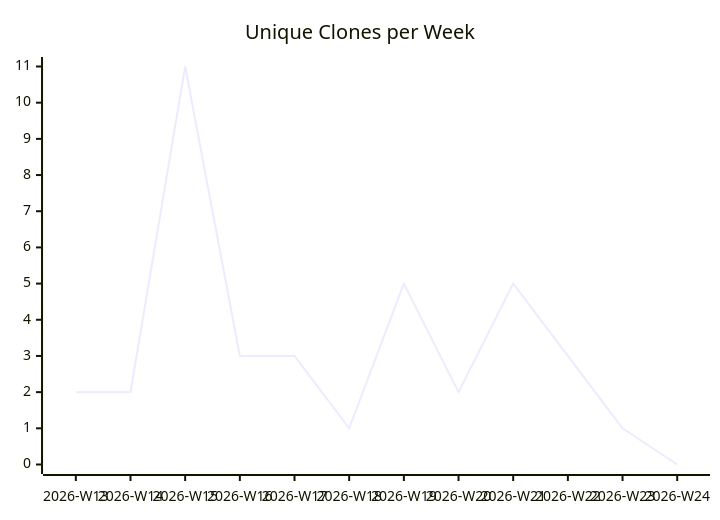
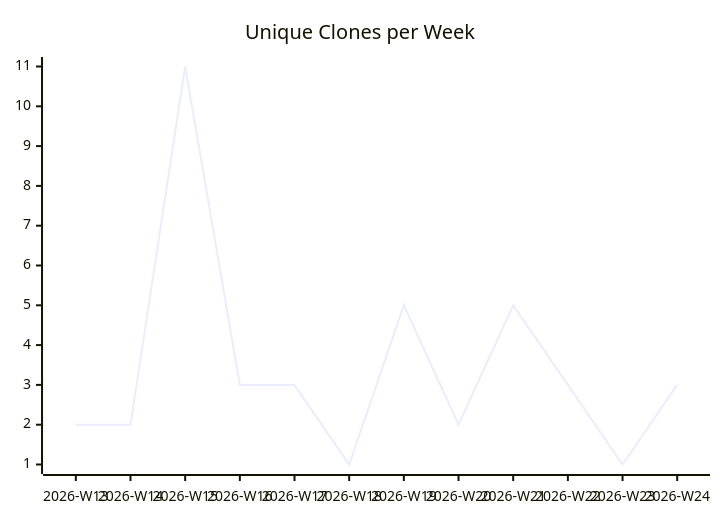
One commit to justdavis-family/github-analytics-data changed the third of 3 diagrams in karlmdavis/jessentials/README.md. Above: the diagram before and after it, drawn with Mermaid. The commit also changed other lines of this file and 194 other files, not shown here.

````diff
--- a/karlmdavis/jessentials/README.md
+++ b/karlmdavis/jessentials/README.md
@@ -19,6 +19,6 @@
 ```mermaid
 xychart-beta
   title "Unique Clones per Week"
   x-axis ["2026-W13", "2026-W14", "2026-W15", "2026-W16", "2026-W17", "2026-W18", "2026-W19", "2026-W20", "2026-W21", "2026-W22", "2026-W23", "2026-W24"]
-  line [2, 2, 11, 3, 3, 1, 5, 2, 5, 3, 1, 0]
+  line [2, 2, 11, 3, 3, 1, 5, 2, 5, 3, 1, 3]
 ```
````
